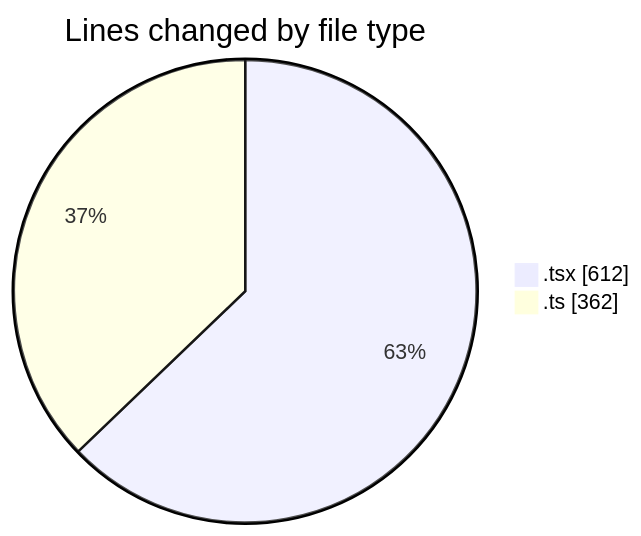
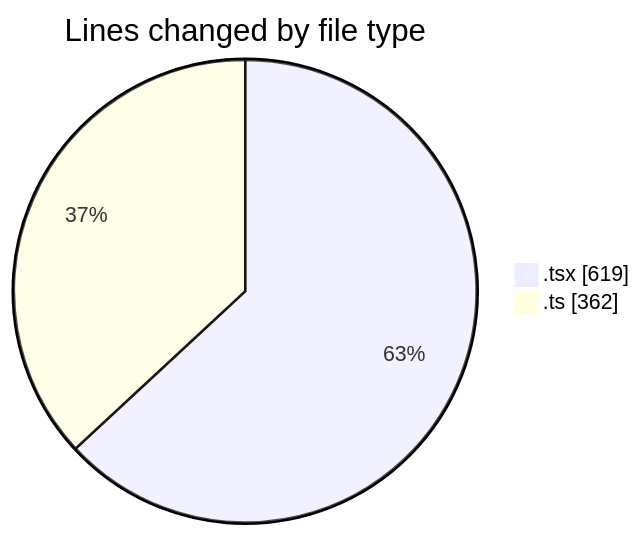
One commit to robertbonfada/code-tracking changed the first of 2 diagrams in 2025-03-17/audiobooks-web/README.md. Above: the diagram before and after it, drawn with Mermaid. The commit also changed other lines of this file and 1 other file, not shown here.

````diff
--- a/2025-03-17/audiobooks-web/README.md
+++ b/2025-03-17/audiobooks-web/README.md
@@ -27,6 +27,6 @@
 ```mermaid
 pie showData
 title Lines changed by file type
-".tsx" : 612
+".tsx" : 619
 ".ts" : 362
 ```
````
